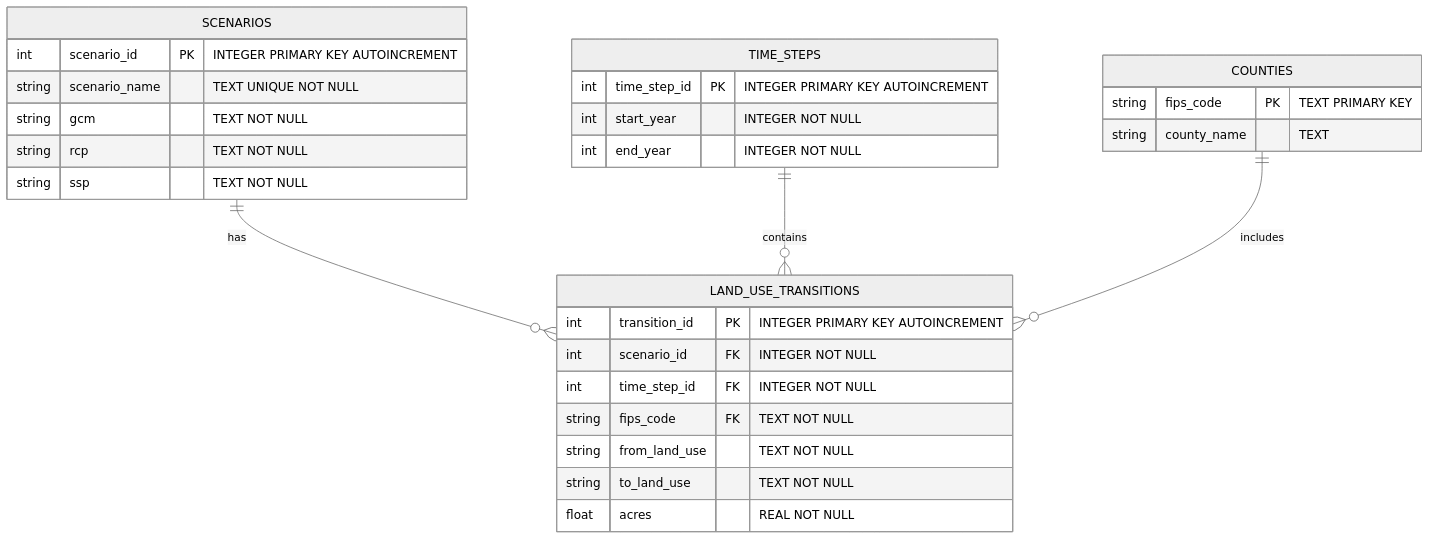
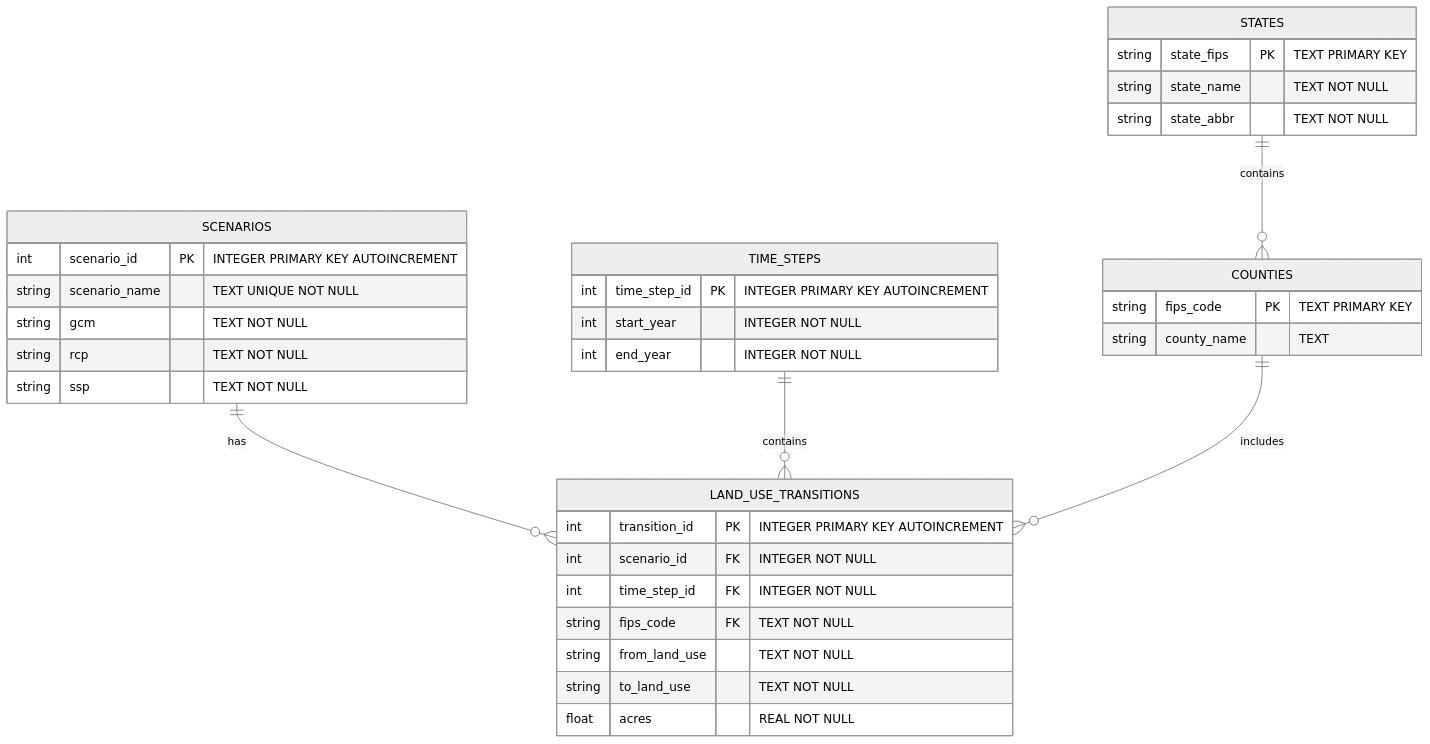
One commit to mihiarc/rpa-landuse-viewer changed the first of 2 diagrams in docs/DATABASE_SCHEMA.md. Above: the diagram before and after it, drawn with Mermaid (neutral theme). The commit also changed other lines of this file and 25 other files, not shown here.

Commit message:
Add query results generation functionality and database schema documentation

````diff
--- a/docs/DATABASE_SCHEMA.md
+++ b/docs/DATABASE_SCHEMA.md
@@ -13,32 +13,38 @@
 ```mermaid
 erDiagram
     SCENARIOS {
         int scenario_id PK "INTEGER PRIMARY KEY AUTOINCREMENT"
         string scenario_name "TEXT UNIQUE NOT NULL"
         string gcm "TEXT NOT NULL"
         string rcp "TEXT NOT NULL"
         string ssp "TEXT NOT NULL"
     }
     TIME_STEPS {
         int time_step_id PK "INTEGER PRIMARY KEY AUTOINCREMENT"
         int start_year "INTEGER NOT NULL"
         int end_year "INTEGER NOT NULL"
+    }
+    STATES {
+        string state_fips PK "TEXT PRIMARY KEY"
+        string state_name "TEXT NOT NULL"
+        string state_abbr "TEXT NOT NULL"
     }
     COUNTIES {
         string fips_code PK "TEXT PRIMARY KEY"
         string county_name "TEXT"
     }
     LAND_USE_TRANSITIONS {
         int transition_id PK "INTEGER PRIMARY KEY AUTOINCREMENT"
         int scenario_id FK "INTEGER NOT NULL"
         int time_step_id FK "INTEGER NOT NULL"
         string fips_code FK "TEXT NOT NULL"
         string from_land_use "TEXT NOT NULL"
         string to_land_use "TEXT NOT NULL"
         float acres "REAL NOT NULL"
     }
     
     SCENARIOS ||--o{ LAND_USE_TRANSITIONS : "has"
     TIME_STEPS ||--o{ LAND_USE_TRANSITIONS : "contains"
+    STATES ||--o{ COUNTIES : "contains"
     COUNTIES ||--o{ LAND_USE_TRANSITIONS : "includes"
 ```
````
